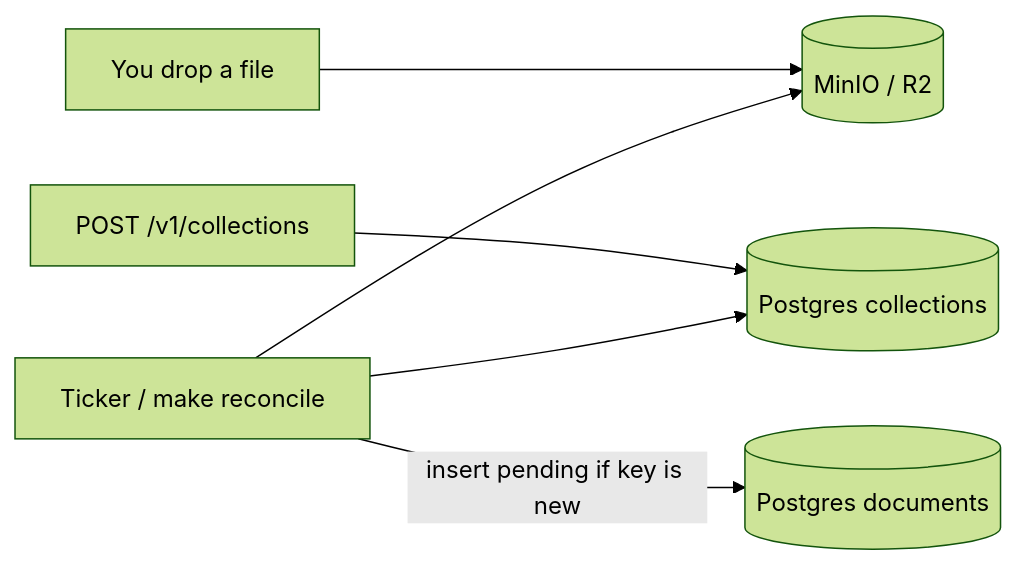
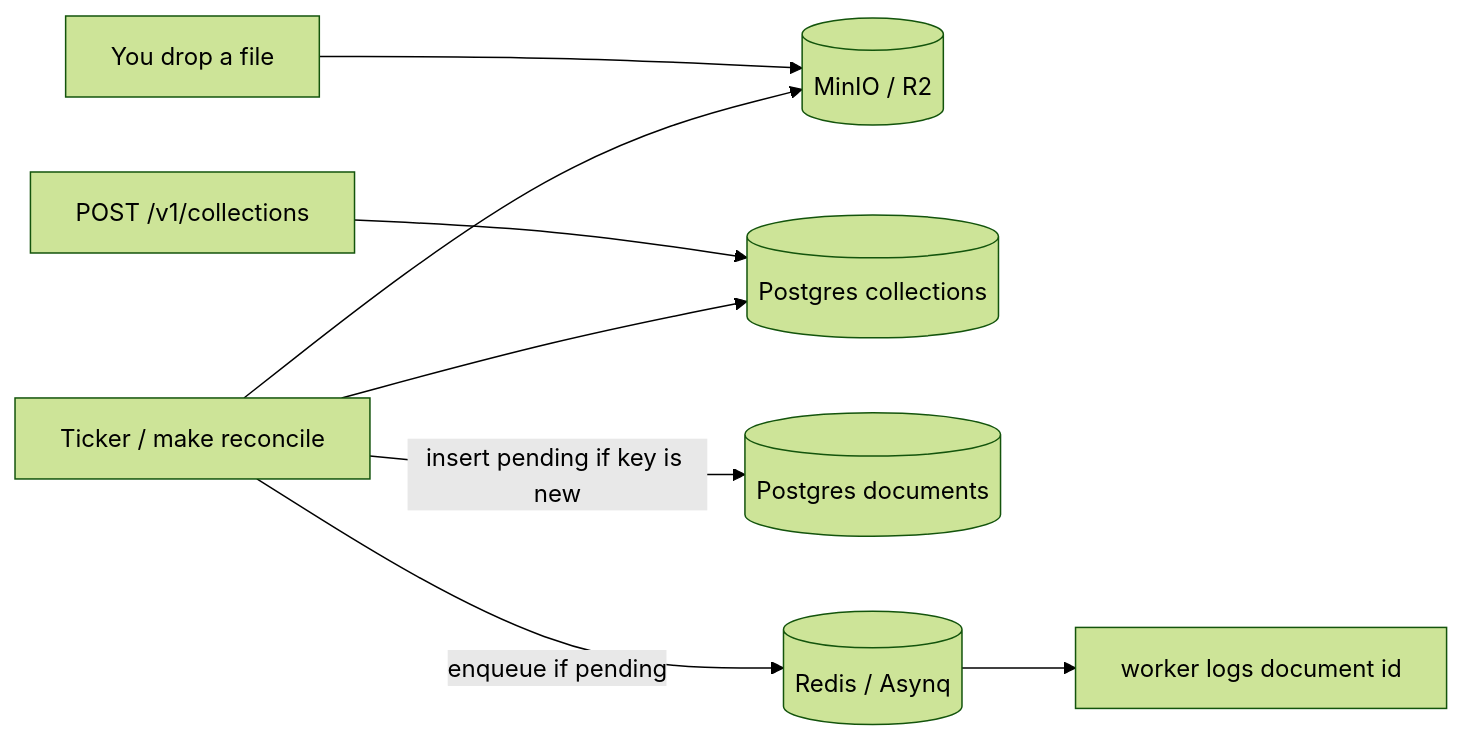
The first of 2 diagrams in README.md (cotishq/riftdb), drawn with Mermaid (forest theme) before and after one commit. The commit also changed other lines of this file and 10 other files, not shown here.

Commit message:
feat: enqueue pending documentes to asynq

````diff
--- a/README.md
+++ b/README.md
@@ -7,8 +7,10 @@
 ```mermaid
 flowchart LR
   You["You drop a file"] --> MinIO[(MinIO / R2)]
   API["POST /v1/collections"] --> PG[(Postgres collections)]
   Tick["Ticker / make reconcile"] --> PG
   Tick --> MinIO
   Tick -->|"insert pending if key is new"| Docs[(Postgres documents)]
+  Tick -->|enqueue if pending| Redis[(Redis / Asynq)]
+  Redis --> W["worker logs document id"]
 ```
````
